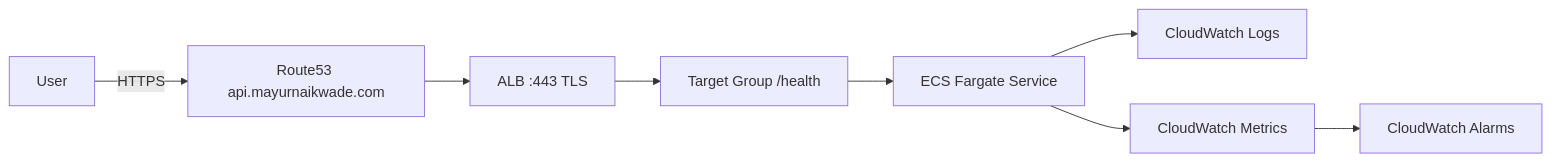
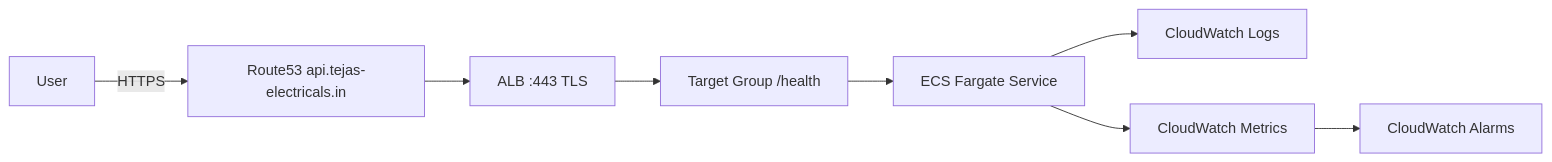
The diagram in README.md (Tejas1409/ProjectP), drawn with Mermaid before and after one commit. The commit also changed other lines of this file and 1 other file, not shown here.

`````diff
--- a/README.md
+++ b/README.md
@@ -62,10 +62,10 @@
 ```mermaid
 flowchart LR
-  U[User] -->|HTTPS| R53[Route53 api.mayurnaikwade.com]
+  U[User] -->|HTTPS| R53[Route53 api.tejas-electricals.in]
   R53 --> ALB[ALB :443 TLS]
   ALB --> TG[Target Group /health]
   TG --> ECS[ECS Fargate Service]
   ECS --> CWL[CloudWatch Logs]
   ECS --> CWM[CloudWatch Metrics]
   CWM --> AL[CloudWatch Alarms]
 ````
`````
